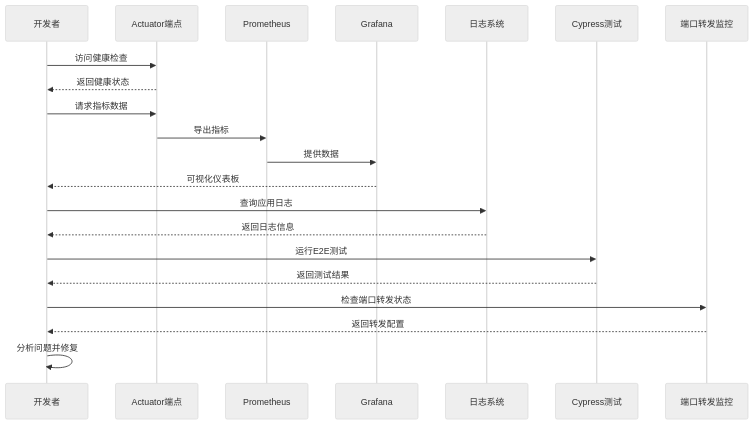
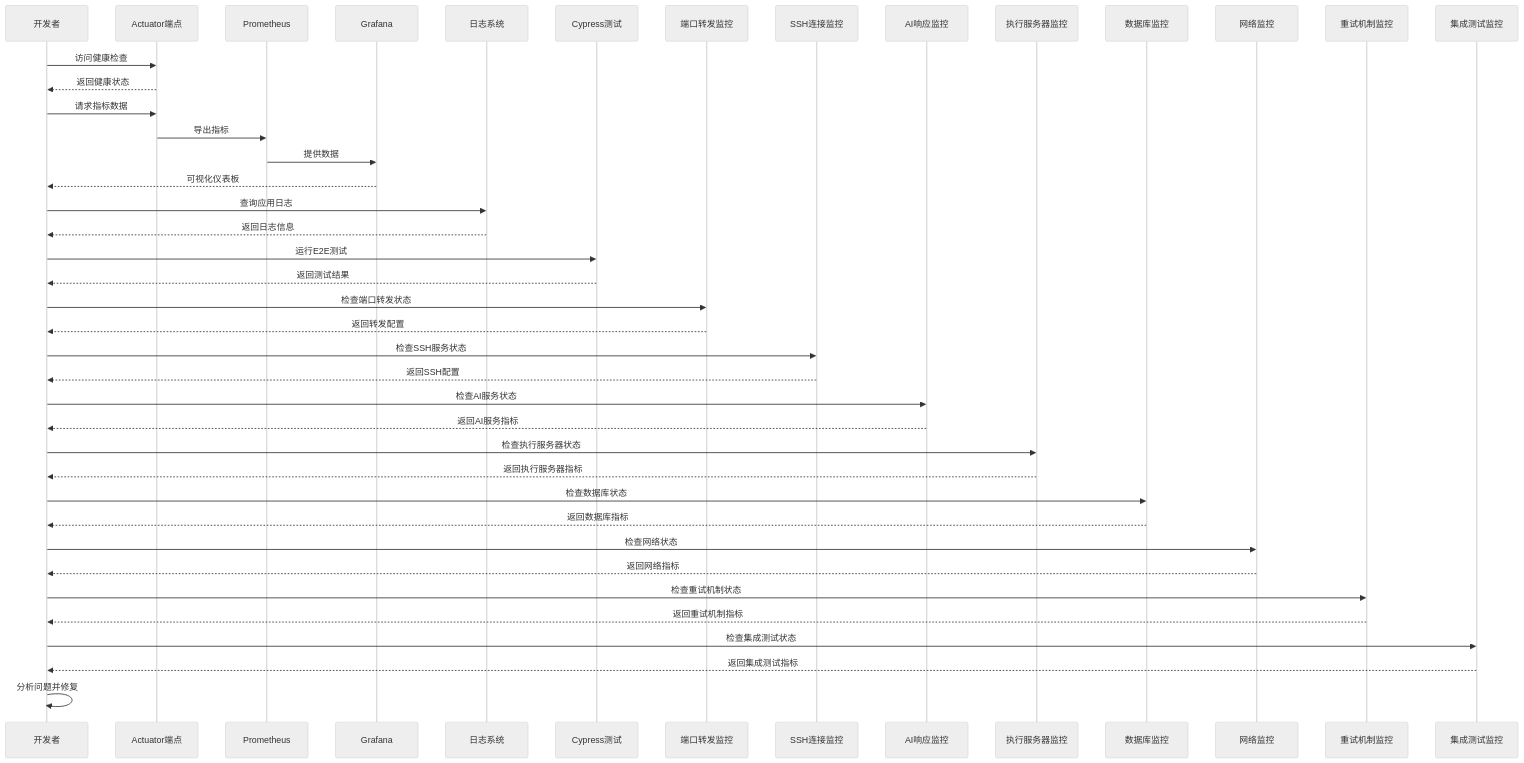
Before and after one commit to liuzh2008/med_ai_assistant_workspace: diagram 43 of 43 in .qoder/repowiki/zh/content/Development Environment Features/Development Environment Features.md, drawn with Mermaid (neutral theme). The commit also changed other lines of this file and 6 other files, not shown here.

````diff
--- a/.qoder/repowiki/zh/content/Development Environment Features/Development Environment Features.md
+++ b/.qoder/repowiki/zh/content/Development Environment Features/Development Environment Features.md
@@ -1072,23 +2339,44 @@
 ```mermaid
 sequenceDiagram
 participant DEV as 开发者
 participant ACTUATOR as Actuator端点
 participant PROMETHEUS as Prometheus
 participant GRAFANA as Grafana
 participant LOGS as 日志系统
 participant CYPRESS as Cypress测试
 participant PORT_MONITOR as 端口转发监控
+participant SSH_MONITOR as SSH连接监控
+participant AI_RESPONSE_MONITOR as AI响应监控
+participant EXECUTION_SERVER_MONITOR as 执行服务器监控
+participant DATABASE_MONITOR as 数据库监控
+participant NETWORK_MONITOR as 网络监控
+participant RETRY_MONITOR as 重试机制监控
+participant INTEGRATION_MONITOR as 集成测试监控
 DEV->>ACTUATOR : 访问健康检查
 ACTUATOR-->>DEV : 返回健康状态
 DEV->>ACTUATOR : 请求指标数据
 ACTUATOR->>PROMETHEUS : 导出指标
 PROMETHEUS->>GRAFANA : 提供数据
 GRAFANA-->>DEV : 可视化仪表板
 DEV->>LOGS : 查询应用日志
 LOGS-->>DEV : 返回日志信息
 DEV->>CYPRESS : 运行E2E测试
 CYPRESS-->>DEV : 返回测试结果
 DEV->>PORT_MONITOR : 检查端口转发状态
 PORT_MONITOR-->>DEV : 返回转发配置
+DEV->>SSH_MONITOR : 检查SSH服务状态
+SSH_MONITOR-->>DEV : 返回SSH配置
+DEV->>AI_RESPONSE_MONITOR : 检查AI服务状态
+AI_RESPONSE_MONITOR-->>DEV : 返回AI服务指标
+DEV->>EXECUTION_SERVER_MONITOR : 检查执行服务器状态
+EXECUTION_SERVER_MONITOR-->>DEV : 返回执行服务器指标
+DEV->>DATABASE_MONITOR : 检查数据库状态
+DATABASE_MONITOR-->>DEV : 返回数据库指标
+DEV->>NETWORK_MONITOR : 检查网络状态
+NETWORK_MONITOR-->>DEV : 返回网络指标
+DEV->>RETRY_MONITOR : 检查重试机制状态
+RETRY_MONITOR-->>DEV : 返回重试机制指标
+DEV->>INTEGRATION_MONITOR : 检查集成测试状态
+INTEGRATION_MONITOR-->>DEV : 返回集成测试指标
 DEV->>DEV : 分析问题并修复
 ```
````
